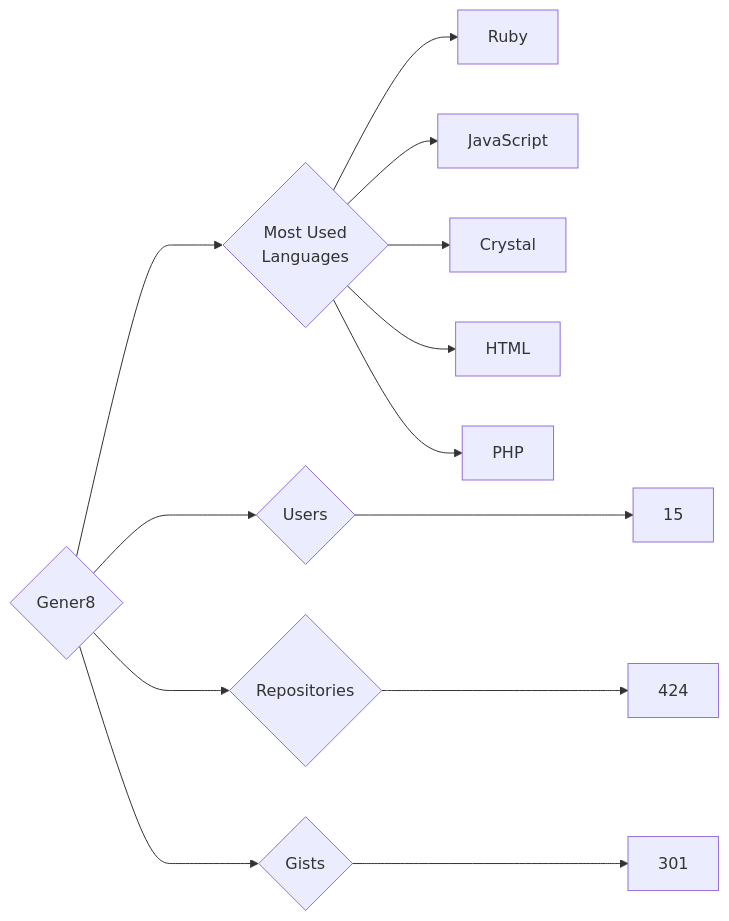
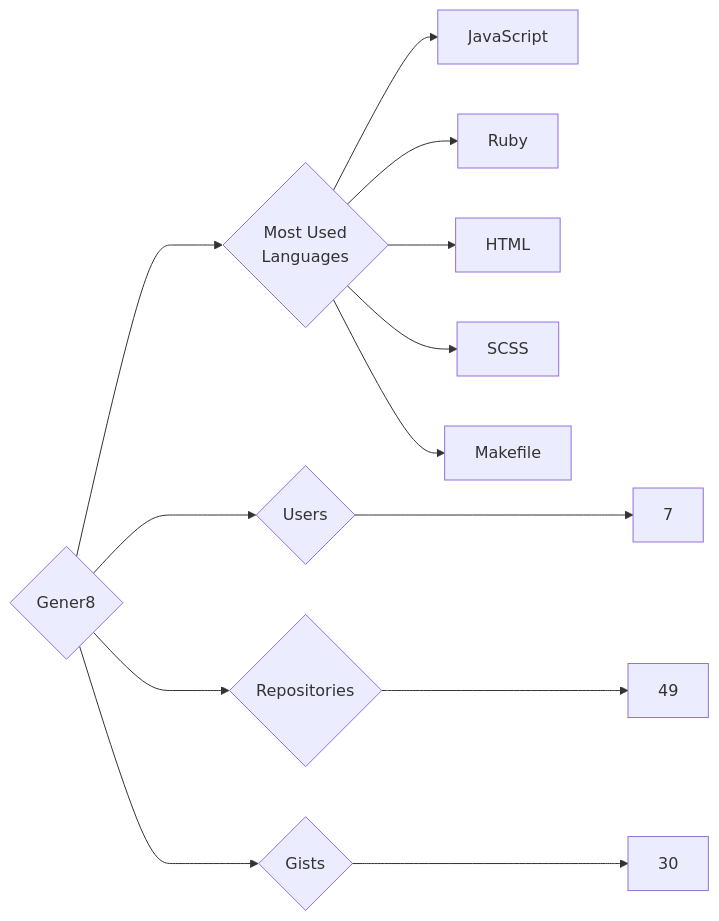
The diagram in targets/Gener8/README.md (trickest/insiders), drawn with Mermaid before and after one commit. The commit also changed 932 other files, not shown here.

````diff
--- a/targets/Gener8/README.md
+++ b/targets/Gener8/README.md
@@ -3,13 +3,13 @@
 ```mermaid
 graph LR
 COMPANY_NAME{Gener8}
-COMPANY_NAME ---> U{Users} ---> UN[15]
-COMPANY_NAME ---> R{Repositories} ---> RN[424]
-COMPANY_NAME ---> G{Gists} ---> GN[301]
+COMPANY_NAME ---> U{Users} ---> UN[7]
+COMPANY_NAME ---> R{Repositories} ---> RN[49]
+COMPANY_NAME ---> G{Gists} ---> GN[30]
 COMPANY_NAME ---> ML{Most Used<br>Languages}
+ML --> JavaScript[JavaScript]
 ML --> Ruby[Ruby]
-ML --> JavaScript[JavaScript]
-ML --> Crystal[Crystal]
 ML --> HTML[HTML]
-ML --> PHP[PHP]
+ML --> SCSS[SCSS]
+ML --> Makefile[Makefile]
 ```
````
